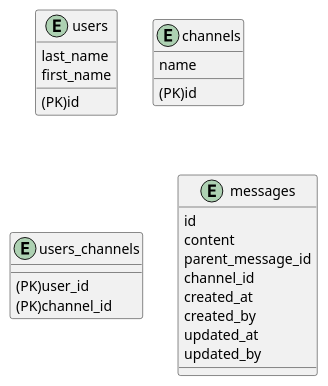
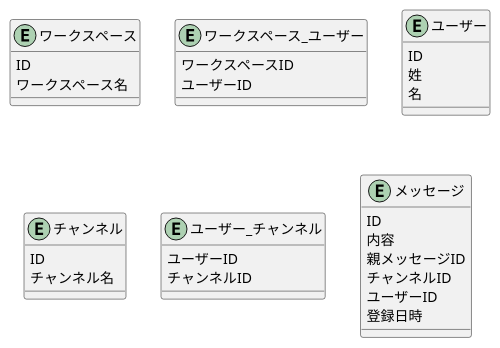
One commit to nyuusen/praha-challenge changed the diagram in db-modeling-2/works/tables.pu. Above: the diagram before and after it, drawn with PlantUML. The commit also changed 3 other files, not shown here.

```diff
--- a/db-modeling-2/works/tables.pu
+++ b/db-modeling-2/works/tables.pu
@@ -1,31 +1,38 @@
 @startuml
 
-
-entity users {
-   (PK)id
-   last_name
-   first_name
+entity ワークスペース {
+   ID
+   ワークスペース名
 }
 
-entity channels {
-   (PK)id
-   name
+entity ワークスペース_ユーザー {
+   ワークスペースID
+   ユーザーID
 }
 
-entity users_channels {
-   (PK)user_id
-   (PK)channel_id
+entity ユーザー {
+   ID
+   姓
+   名
 }
 
-entity messages {
-   id
-   content
-   parent_message_id
-   channel_id
-   created_at
-   created_by
-   updated_at
-   updated_by
+entity チャンネル {
+   ID
+   チャンネル名
+}
+
+entity ユーザー_チャンネル {
+   ユーザーID
+   チャンネルID
+}
+
+entity メッセージ {
+   ID
+   内容
+   親メッセージID
+   チャンネルID
+   ユーザーID
+   登録日時
 }
 
 @enduml
```
